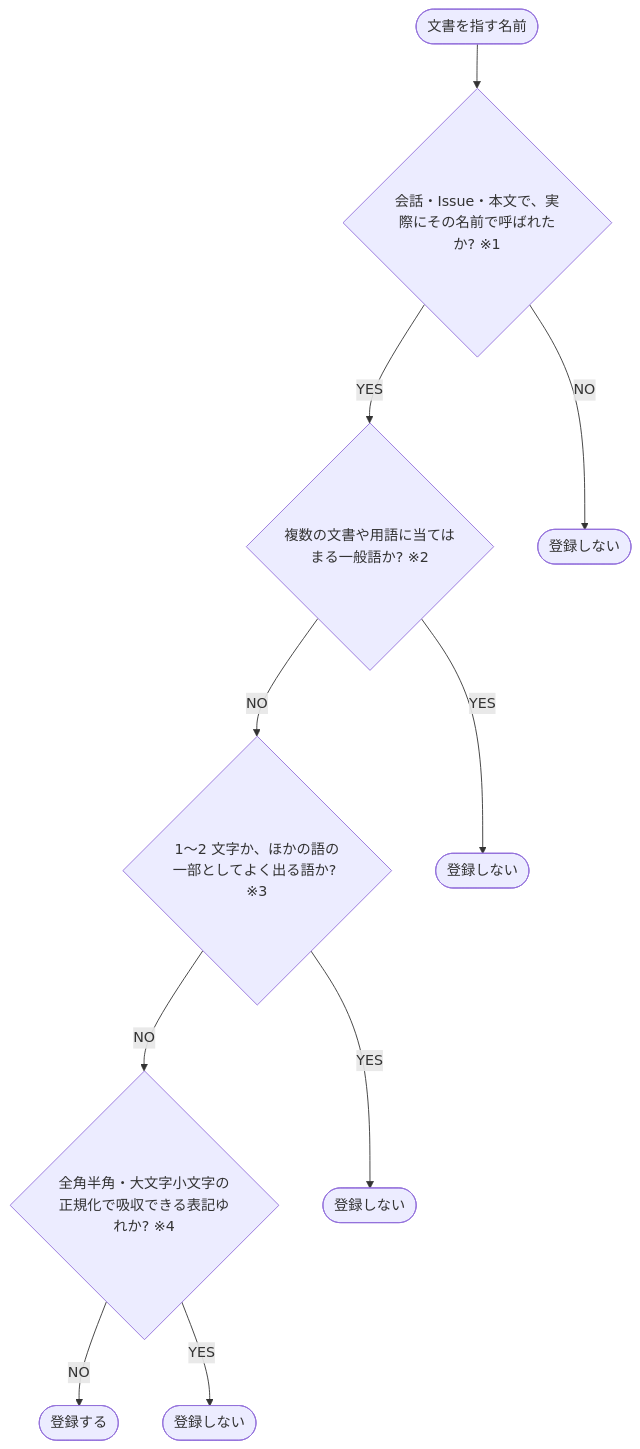
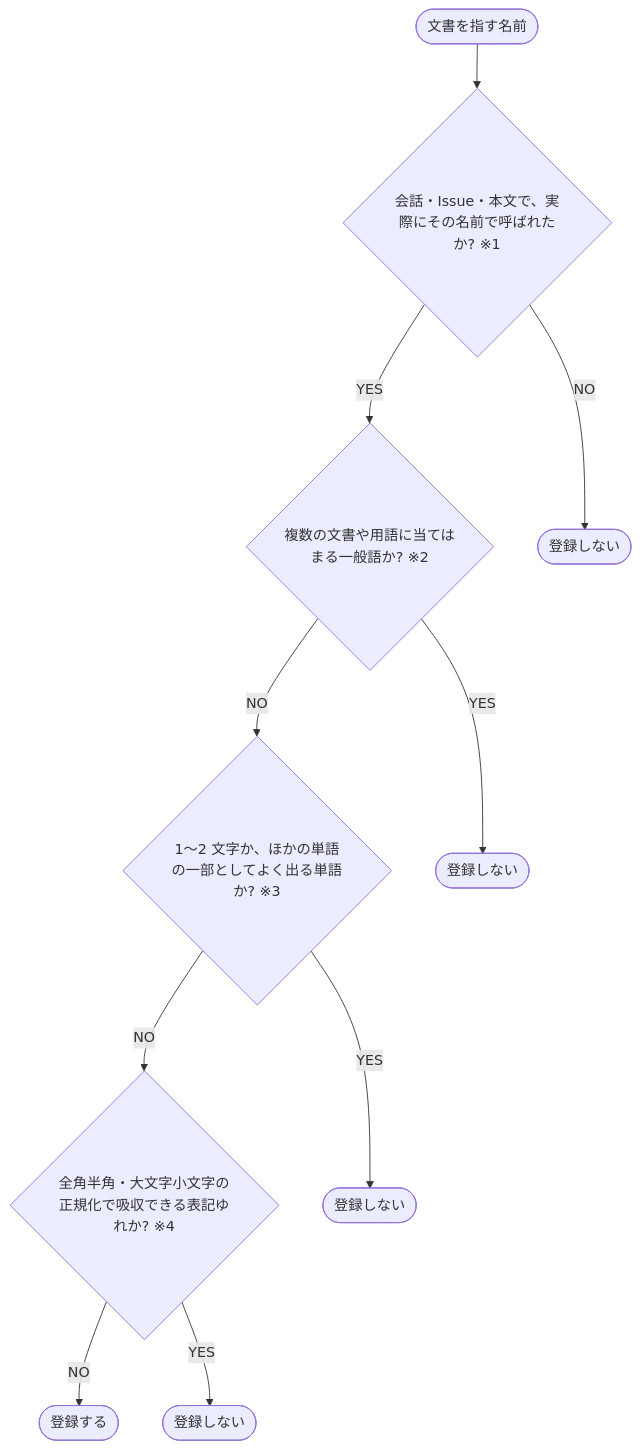
The diagram in docs/guide/エイリアスを登録するかを決める.md (shuhei1101/alias-inject), drawn with Mermaid before and after one commit. The commit also changed other lines of this file and 82 other files, not shown here.

````diff
--- a/docs/guide/エイリアスを登録するかを決める.md
+++ b/docs/guide/エイリアスを登録するかを決める.md
@@ -5,24 +5,24 @@
 ```mermaid
 flowchart TD
   START([文書を指す名前])
   Q1{会話・Issue・本文で、実際にその名前で呼ばれたか? ※1}
   Q2{複数の文書や用語に当てはまる一般語か? ※2}
-  Q3{1〜2 文字か、ほかの語の一部としてよく出る語か? ※3}
+  Q3{1〜2 文字か、ほかの単語の一部としてよく出る単語か? ※3}
   Q4{全角半角・大文字小文字の正規化で吸収できる表記ゆれか? ※4}
 
   R1([登録しない])
   R2([登録しない])
   R3([登録しない])
   R4([登録しない])
   R5([登録する])
 
   START --> Q1
   Q1 -->|NO| R1
   Q1 -->|YES| Q2
   Q2 -->|NO| Q3
   Q2 -->|YES| R2
   Q3 -->|YES| R3
   Q3 -->|NO| Q4
   Q4 -->|NO| R5
   Q4 -->|YES| R4
 ```
````
